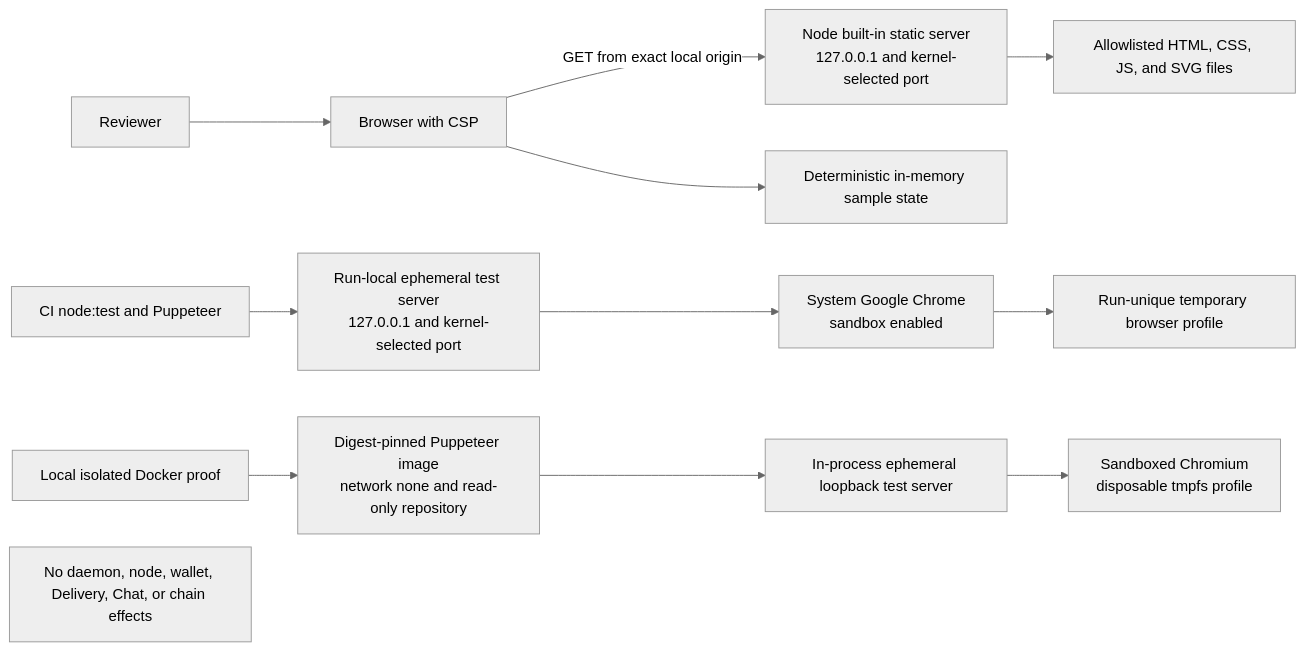
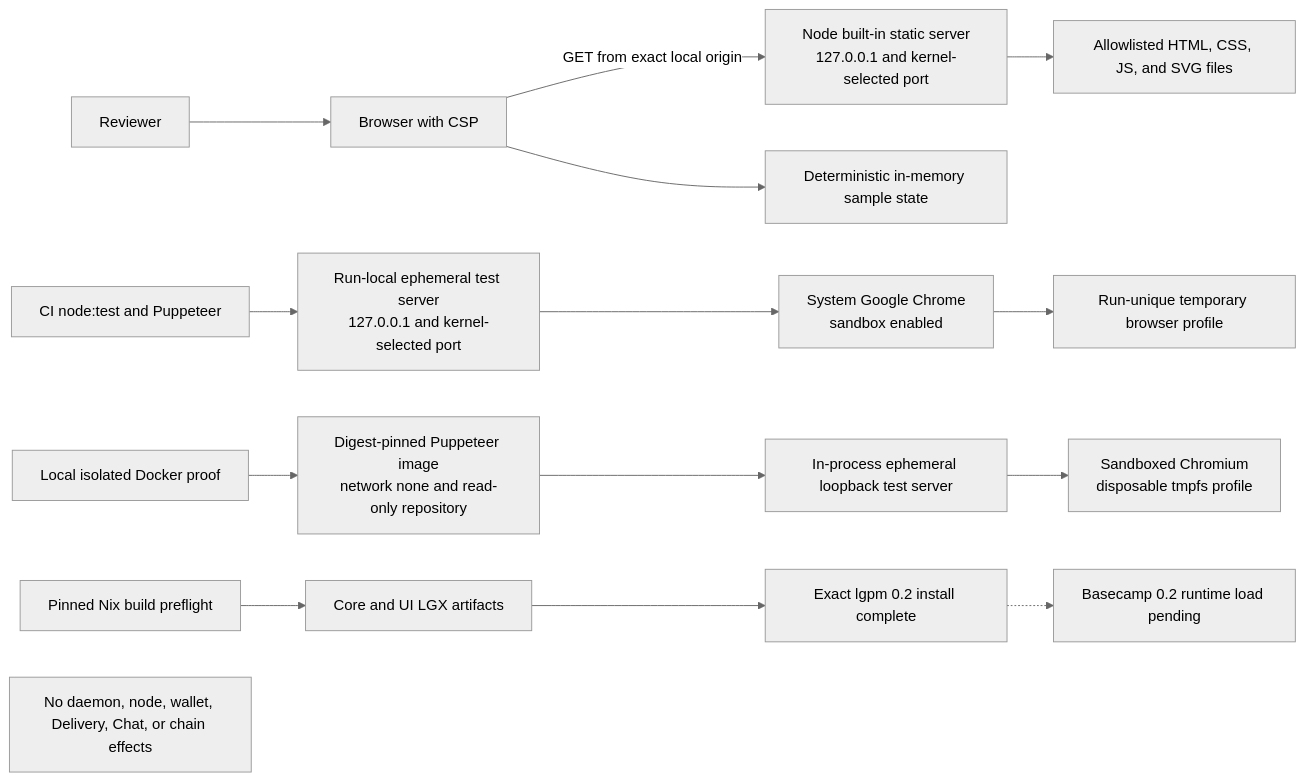
The first of 24 diagrams in docs/architecture/deployment-components-and-rpcs.md (gateway-fm/lez-atomic-swaps), drawn with Mermaid (neutral theme) before and after one commit. The commit also changed other lines of this file and 9 other files, not shown here.

````diff
--- a/docs/architecture/deployment-components-and-rpcs.md
+++ b/docs/architecture/deployment-components-and-rpcs.md
@@ -25,14 +25,17 @@
 ```mermaid
 flowchart LR
     Reviewer["Reviewer"] --> Browser["Browser with CSP"]
     Browser -->|"GET from exact local origin"| Server["Node built-in static server<br/>127.0.0.1 and kernel-selected port"]
     Server --> Files["Allowlisted HTML, CSS, JS, and SVG files"]
     Browser --> Memory["Deterministic in-memory sample state"]
     CI["CI node:test and Puppeteer"] --> TestServer["Run-local ephemeral test server<br/>127.0.0.1 and kernel-selected port"]
     TestServer --> Chrome["System Google Chrome<br/>sandbox enabled"]
     Chrome --> Profile["Run-unique temporary browser profile"]
     LocalRunner["Local isolated Docker proof"] --> Container["Digest-pinned Puppeteer image<br/>network none and read-only repository"]
     Container --> LocalServer["In-process ephemeral loopback test server"]
     LocalServer --> LocalChrome["Sandboxed Chromium<br/>disposable tmpfs profile"]
+    Toolchain["Pinned Nix build preflight"] --> LGX["Core and UI LGX artifacts"]
+    LGX --> Lgpm["Exact lgpm 0.2 install complete"]
+    Lgpm -.-> Basecamp["Basecamp 0.2 runtime load pending"]
     Boundary["No daemon, node, wallet, Delivery, Chat, or chain effects"]
 ```
````
